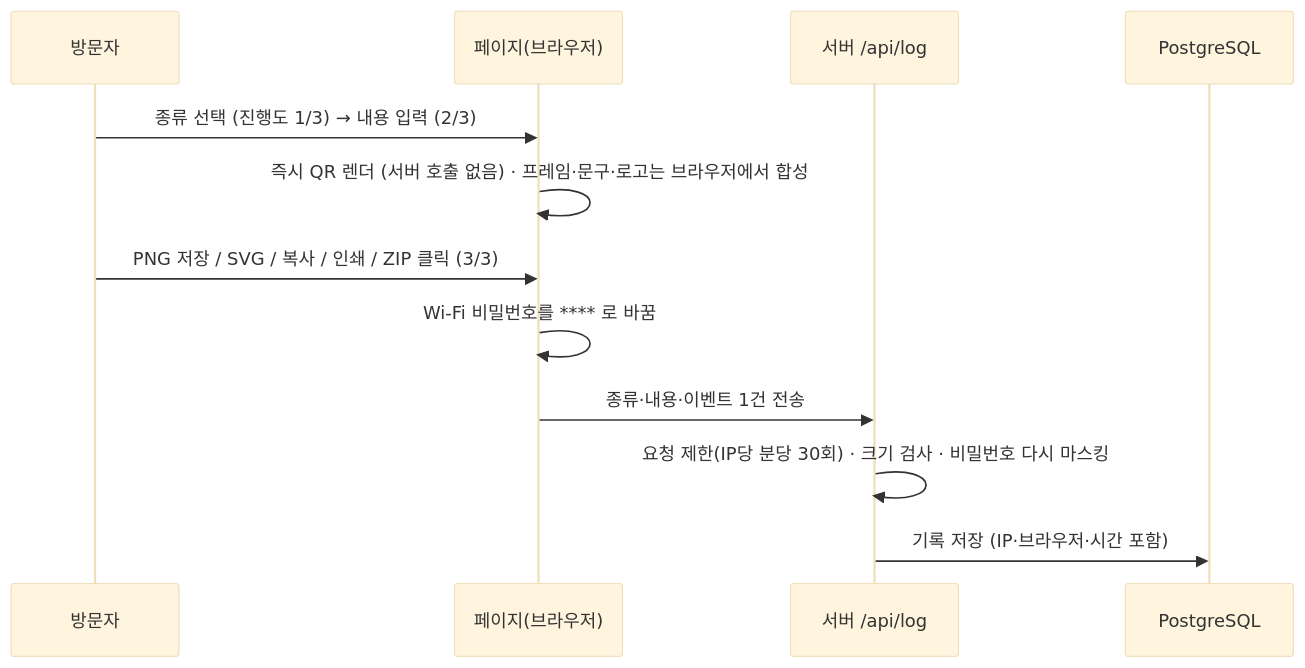
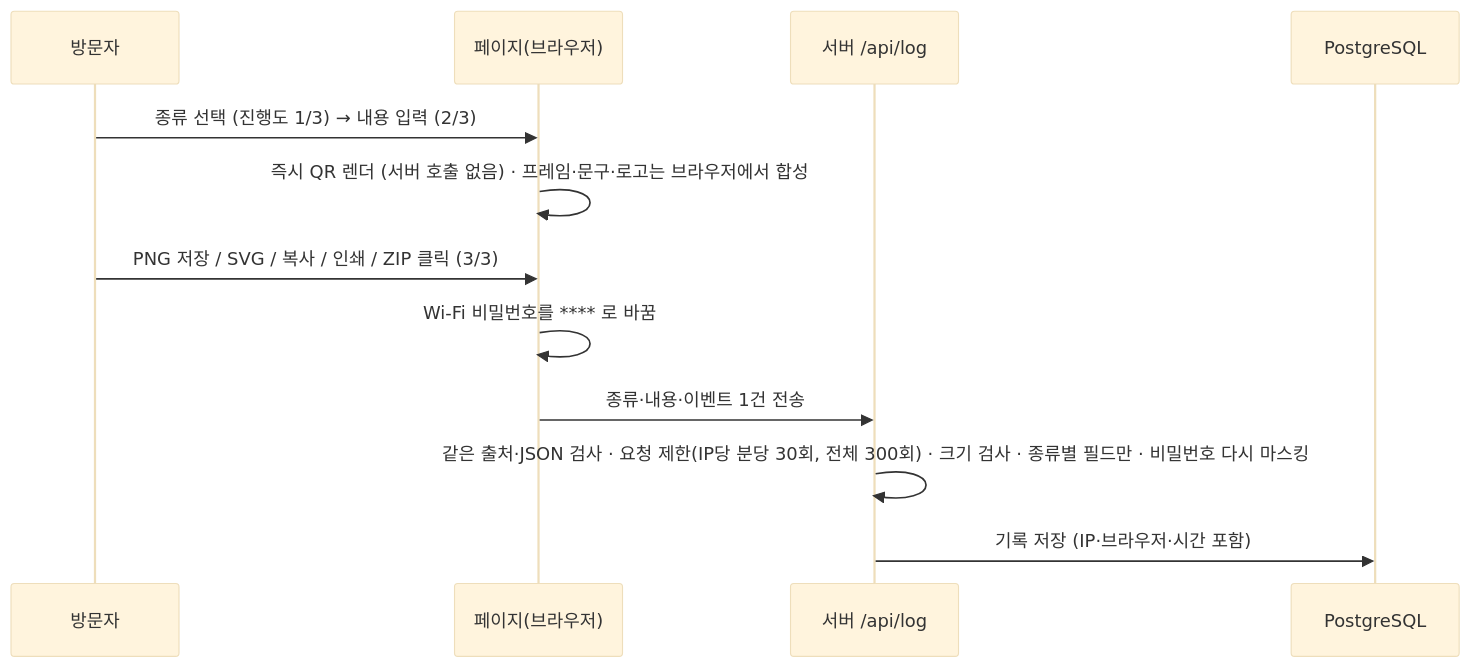
One commit to vittroi384/qr-web changed the second of 4 diagrams in docs/인수인계.md. Above: the diagram before and after it, drawn with Mermaid (base theme). The commit also changed 13 other files, not shown here.

Commit message:
공개 API 보안 보강: /api/log·/api/funnel에 같은 출처·JSON 검사, 종류별 필드 화이트리스트와 행당 3,000자 상한, 사이트 전체 분당 상한, 보안 헤더를 Next에도(SSH 터널 관리자 보호), Caddy header defer 명시

````diff
--- a/docs/인수인계.md
+++ b/docs/인수인계.md
@@ -80,14 +80,14 @@
 ```mermaid
 sequenceDiagram
   participant U as 방문자
   participant P as 페이지(브라우저)
   participant S as 서버 /api/log
   participant DB as PostgreSQL
   U->>P: 종류 선택 (진행도 1/3) → 내용 입력 (2/3)
   P->>P: 즉시 QR 렌더 (서버 호출 없음) · 프레임·문구·로고는 브라우저에서 합성
   U->>P: PNG 저장 / SVG / 복사 / 인쇄 / ZIP 클릭 (3/3)
   P->>P: Wi-Fi 비밀번호를 **** 로 바꿈
   P->>S: 종류·내용·이벤트 1건 전송
-  S->>S: 요청 제한(IP당 분당 30회) · 크기 검사 · 비밀번호 다시 마스킹
+  S->>S: 같은 출처·JSON 검사 · 요청 제한(IP당 분당 30회, 전체 300회) · 크기 검사 · 종류별 필드만 · 비밀번호 다시 마스킹
   S->>DB: 기록 저장 (IP·브라우저·시간 포함)
 ```
````
